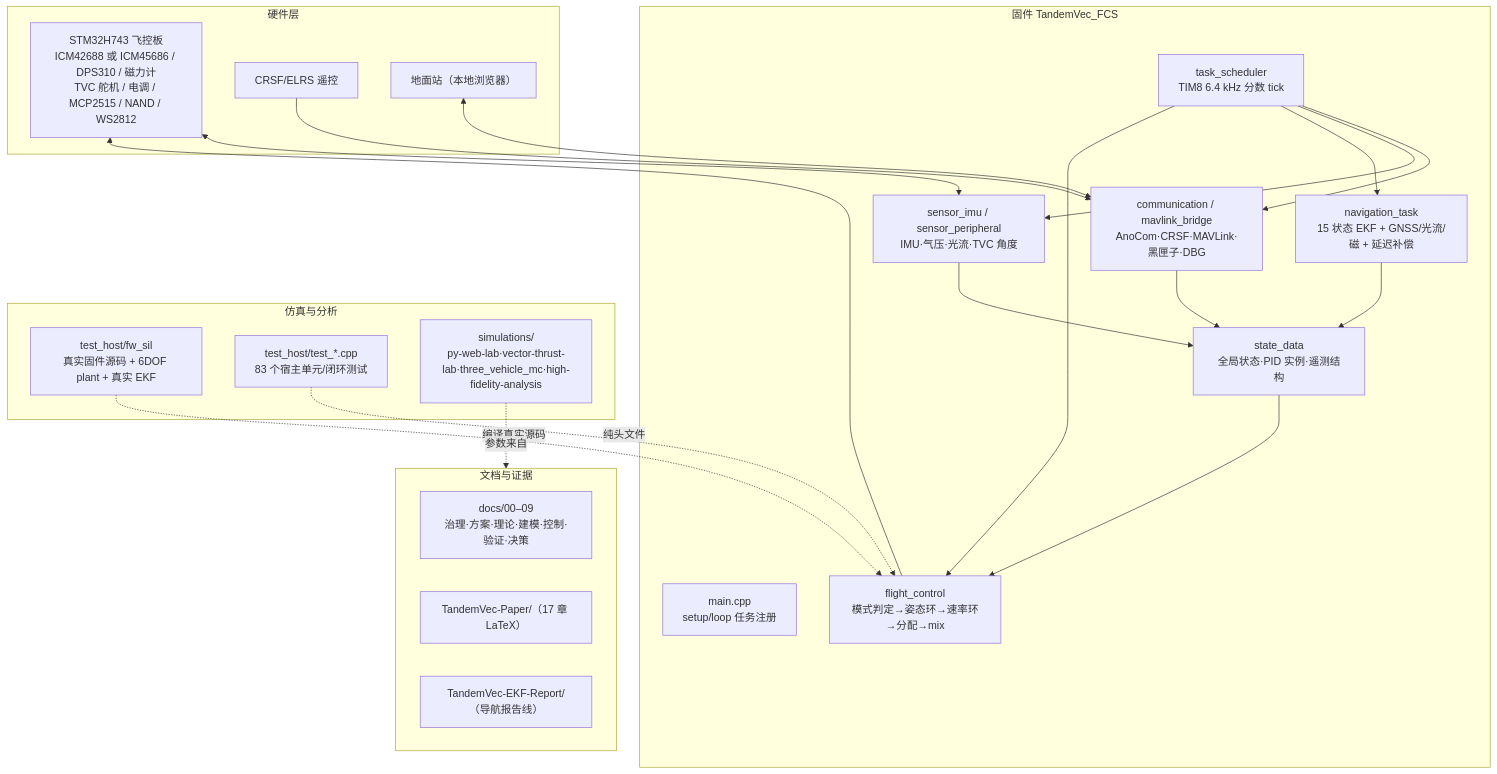
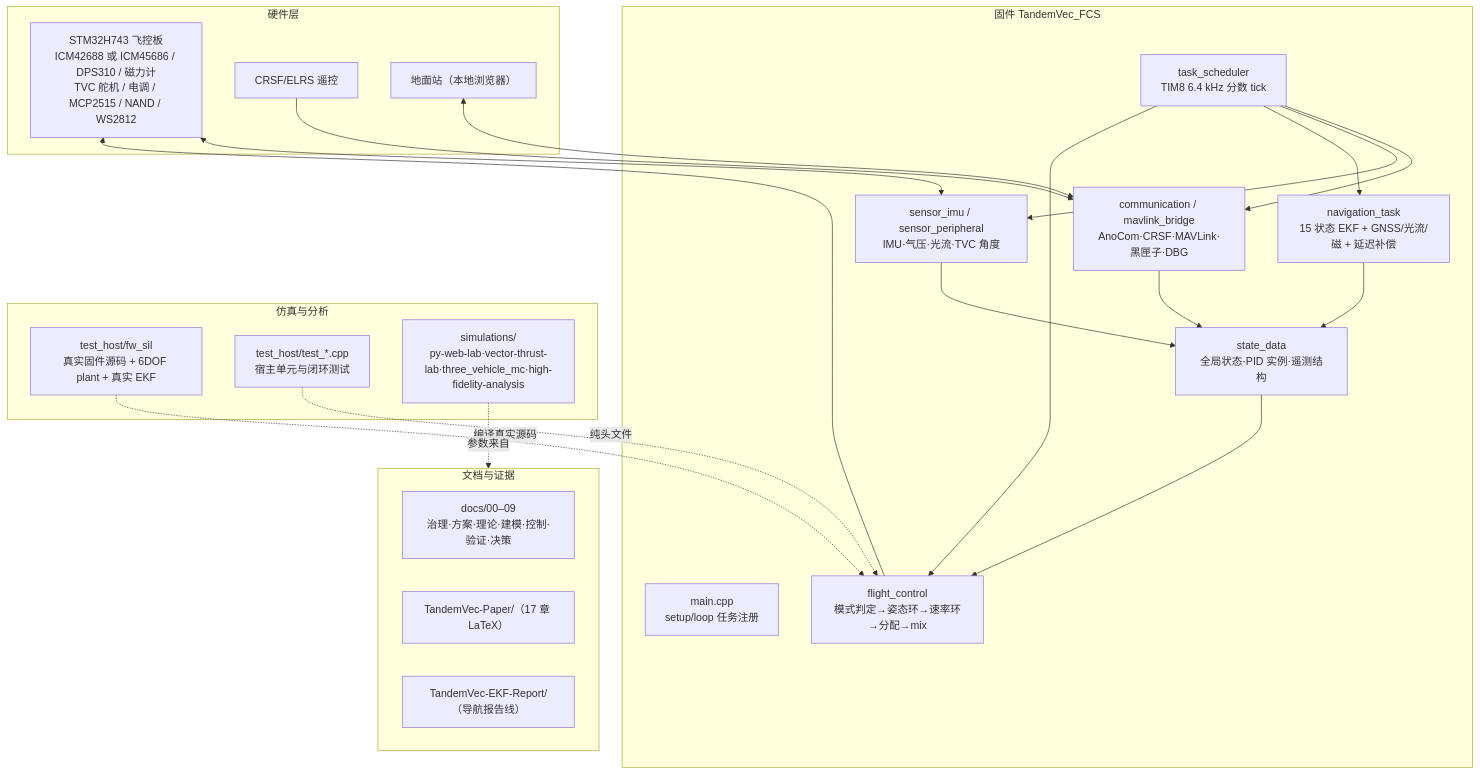
The diagram in docs/PROJECT-MAP.md (LShang001/tandem-twin-vector-thrust), drawn with Mermaid before and after one commit. The commit also changed other lines of this file and 13 other files, not shown here.

````diff
--- a/docs/PROJECT-MAP.md
+++ b/docs/PROJECT-MAP.md
@@ -20,43 +20,43 @@
 ```mermaid
 flowchart TB
   subgraph HW["硬件层"]
     MCU["STM32H743 飞控板<br/>ICM42688 或 ICM45686 / DPS310 / 磁力计<br/>TVC 舵机 / 电调 / MCP2515 / NAND / WS2812"]
     RC["CRSF/ELRS 遥控"]
     GCS["地面站（本地浏览器）"]
   end
 
   subgraph FW["固件 TandemVec_FCS"]
     MAIN["main.cpp<br/>setup/loop 任务注册"]
     SCHED["task_scheduler<br/>TIM8 6.4 kHz 分数 tick"]
     COMM["communication / mavlink_bridge<br/>AnoCom·CRSF·MAVLink·黑匣子·DBG"]
     SENS["sensor_imu / sensor_peripheral<br/>IMU·气压·光流·TVC 角度"]
     NAV["navigation_task<br/>15 状态 EKF + GNSS/光流/磁 + 延迟补偿"]
     CTRL["flight_control<br/>模式判定→姿态环→速率环→分配→mix"]
     STATE["state_data<br/>全局状态·PID 实例·遥测结构"]
   end
 
   subgraph SIM["仿真与分析"]
     SIL["test_host/fw_sil<br/>真实固件源码 + 6DOF plant + 真实 EKF"]
-    UNIT["test_host/test_*.cpp<br/>83 个宿主单元/闭环测试"]
+    UNIT["test_host/test_*.cpp<br/>宿主单元与闭环测试"]
     VSIM["simulations/<br/>py-web-lab·vector-thrust-lab·three_vehicle_mc·high-fidelity-analysis"]
   end
 
   subgraph DOC["文档与证据"]
     MAN["docs/00–09<br/>治理·方案·理论·建模·控制·验证·决策"]
     PAPER["TandemVec-Paper/（17 章 LaTeX）"]
     EKFR["TandemVec-EKF-Report/（导航报告线）"]
   end
 
   RC --> COMM
   GCS <--> COMM
   MCU <--> SENS
   SCHED --> COMM & SENS & NAV & CTRL
   SENS --> STATE
   COMM --> STATE
   NAV --> STATE
   STATE --> CTRL
   CTRL --> MCU
   SIL -.编译真实源码.-> CTRL
   UNIT -.纯头文件.-> CTRL
   VSIM -.参数来自.-> DOC
 ```
````
